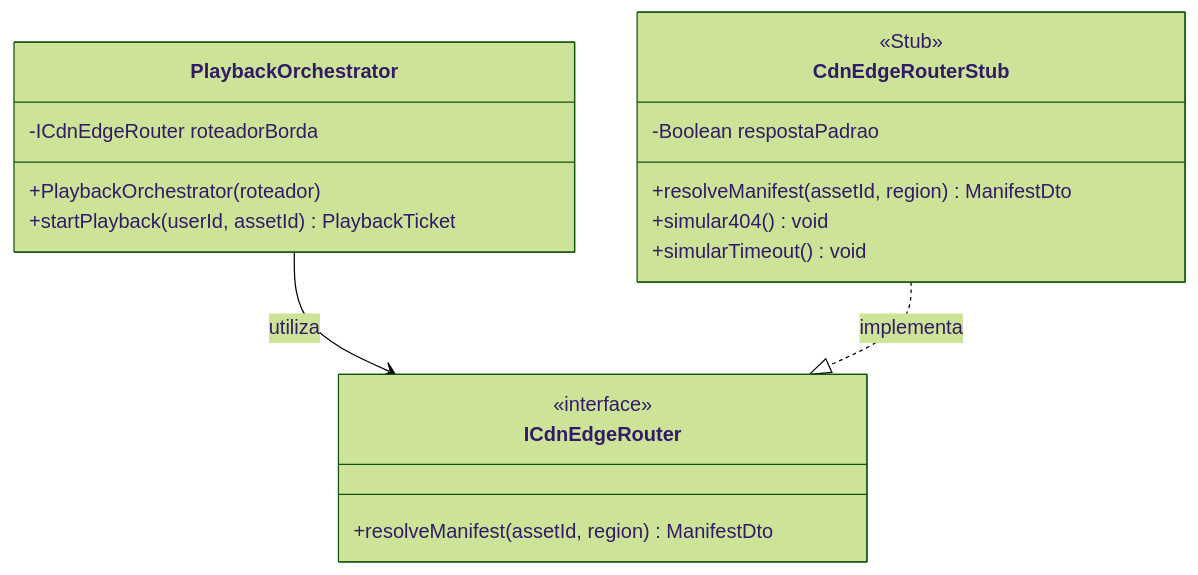
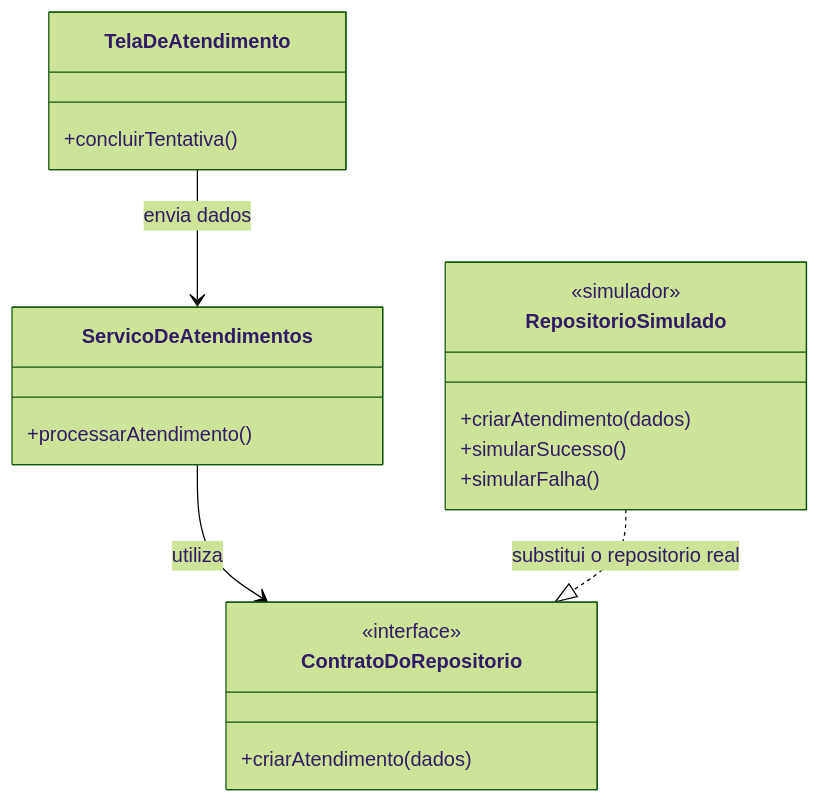
Before and after one commit to DiogoBAguiar/atividade-testes-software: the fourth of 14 diagrams in README.md, drawn with Mermaid (forest theme). The commit also changed other lines of this file and 37 other files, not shown here.

````diff
--- a/README.md
+++ b/README.md
@@ -233,24 +145,23 @@
 ```mermaid
 classDiagram
-    class PlaybackOrchestrator {
-        -ICdnEdgeRouter roteadorBorda
-        +PlaybackOrchestrator(roteador)
-        +startPlayback(userId, assetId) PlaybackTicket
+    class TelaDeAtendimento {
+        +concluirTentativa()
+    }
+    class ServicoDeAtendimentos {
+        +processarAtendimento()
+    }
+    class ContratoDoRepositorio {
+        <<interface>>
+        +criarAtendimento(dados)
+    }
+    class RepositorioSimulado {
+        <<simulador>>
+        +criarAtendimento(dados)
+        +simularSucesso()
+        +simularFalha()
     }
 
-    class ICdnEdgeRouter {
-        <<interface>>
-        +resolveManifest(assetId, region) ManifestDto
-    }
-
-    class CdnEdgeRouterStub {
-        <<Stub>>
-        -Boolean respostaPadrao
-        +resolveManifest(assetId, region) ManifestDto
-        +simular404() void
-        +simularTimeout() void
-    }
-
-    PlaybackOrchestrator --> ICdnEdgeRouter : utiliza
-    CdnEdgeRouterStub ..|> ICdnEdgeRouter : implementa
+    TelaDeAtendimento --> ServicoDeAtendimentos : envia dados
+    ServicoDeAtendimentos --> ContratoDoRepositorio : utiliza
+    RepositorioSimulado ..|> ContratoDoRepositorio : substitui o repositorio real
 ```
````
